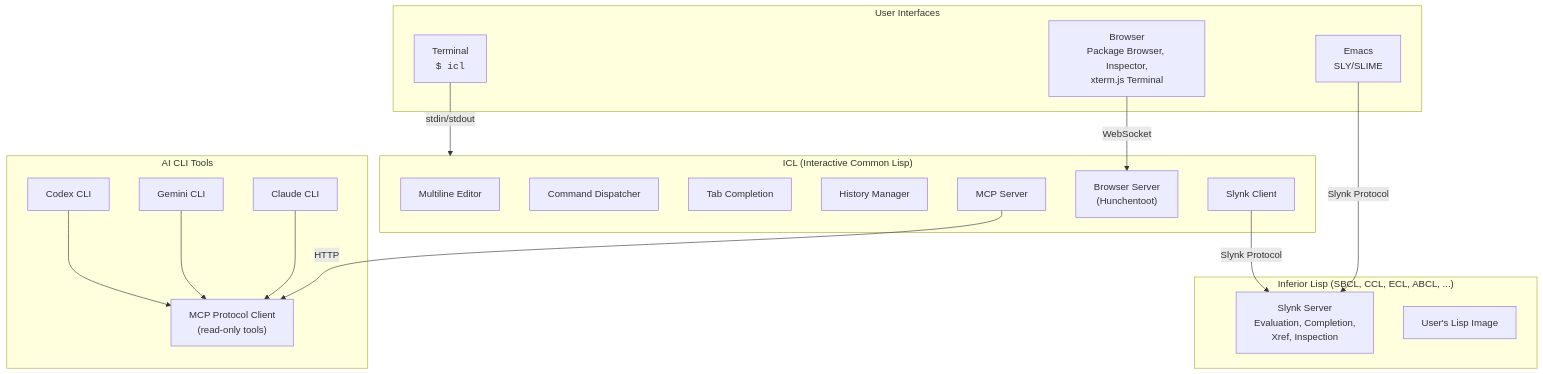
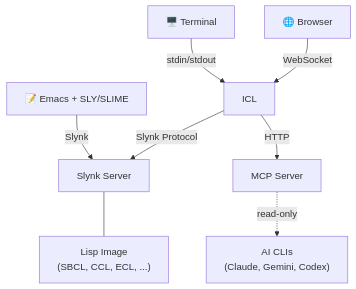
Before and after one commit to ahmad00750/icl: the diagram in README.md, drawn with Mermaid.

Commit message:
Simplify architecture diagram
🤖 Generated with [Claude Code](https://claude.com/claude-code)

````diff
--- a/README.md
+++ b/README.md
@@ -511,37 +511,13 @@
 ```mermaid
-flowchart TB
-    subgraph Interfaces["User Interfaces"]
-        Terminal["Terminal<br/><code>$ icl</code>"]
-        Browser["Browser<br/>Package Browser, Inspector,<br/>xterm.js Terminal"]
-        Emacs["Emacs<br/>SLY/SLIME"]
-    end
+flowchart TD
+    Terminal["🖥️ Terminal"] -->|stdin/stdout| ICL
+    Browser["🌐 Browser"] -->|WebSocket| ICL
+    Emacs["📝 Emacs + SLY/SLIME"] -->|Slynk| Slynk
 
-    subgraph ICL["ICL (Interactive Common Lisp)"]
-        Editor["Multiline Editor"]
-        Commands["Command Dispatcher"]
-        Completion["Tab Completion"]
-        History["History Manager"]
-        SlynkClient["Slynk Client"]
-        BrowserServer["Browser Server<br/>(Hunchentoot)"]
-        MCPServer["MCP Server"]
-    end
+    ICL["ICL"] -->|Slynk Protocol| Slynk
+    ICL -->|HTTP| MCP["MCP Server"]
 
-    subgraph Lisp["Inferior Lisp (SBCL, CCL, ECL, ABCL, ...)"]
-        SlynkServer["Slynk Server<br/>Evaluation, Completion,<br/>Xref, Inspection"]
-        Image["User's Lisp Image"]
-    end
+    Slynk["Slynk Server"] --- Lisp["Lisp Image<br/>(SBCL, CCL, ECL, ...)"]
 
-    subgraph AI["AI CLI Tools"]
-        Claude["Claude CLI"]
-        Gemini["Gemini CLI"]
-        Codex["Codex CLI"]
-        MCP["MCP Protocol Client<br/>(read-only tools)"]
-    end
-
-    Terminal -->|stdin/stdout| ICL
-    Browser -->|WebSocket| BrowserServer
-    Emacs -->|Slynk Protocol| SlynkServer
-    SlynkClient -->|Slynk Protocol| SlynkServer
-    MCPServer -->|HTTP| MCP
-    Claude & Gemini & Codex --> MCP
+    MCP -.->|read-only| AI["AI CLIs<br/>(Claude, Gemini, Codex)"]
 ```
````
